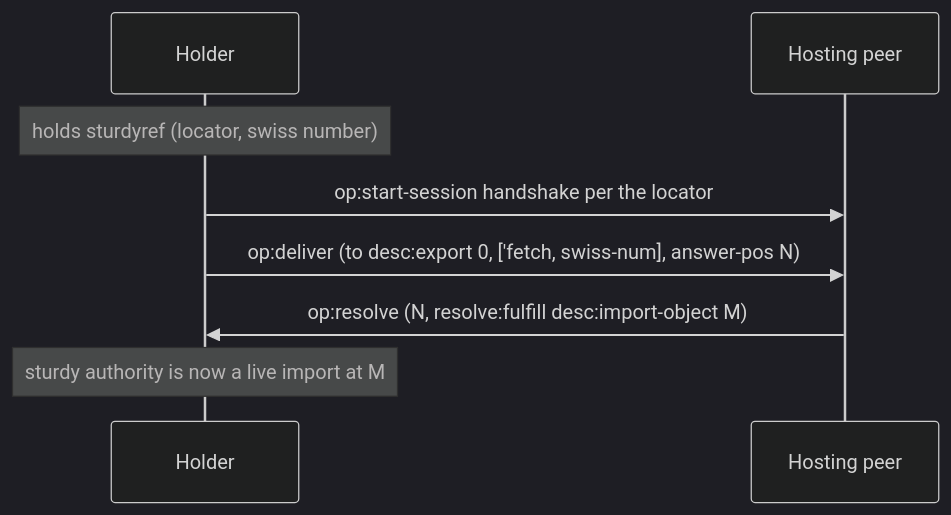
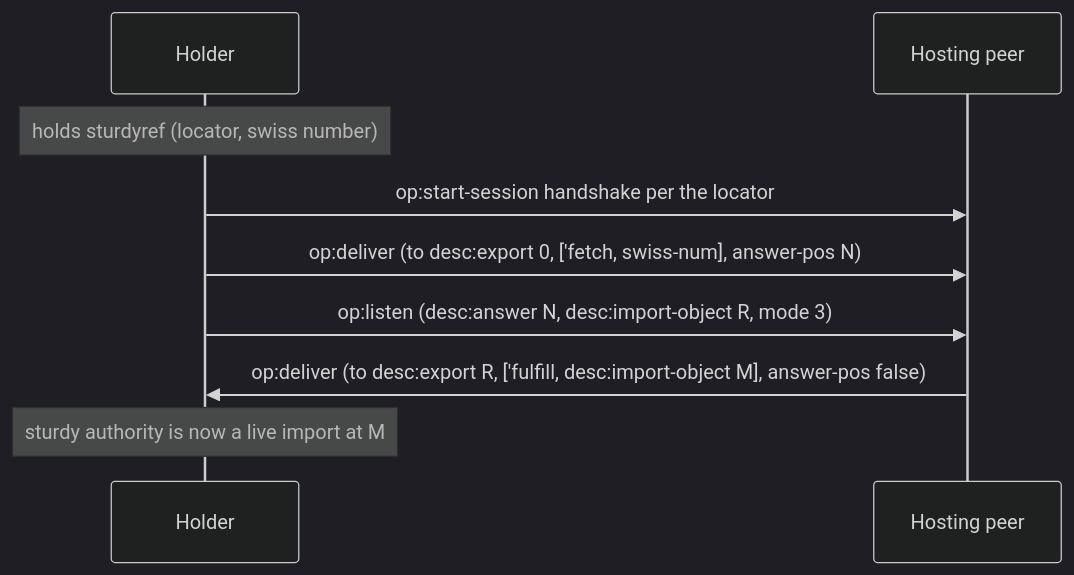
Before and after one commit to glowcap-org/glowcap: the second of 3 diagrams in docs/protocol-diagrams/07-sturdyrefs-and-locators.md, drawn with Mermaid (dark theme). The commit also changed other lines of this file and 920 other files, not shown here.

````diff
--- a/docs/protocol-diagrams/07-sturdyrefs-and-locators.md
+++ b/docs/protocol-diagrams/07-sturdyrefs-and-locators.md
@@ -33,10 +31,11 @@
 ```mermaid
 sequenceDiagram
     participant H as Holder
     participant P as Hosting peer
     Note over H: holds sturdyref (locator, swiss number)
     H->>P: op:start-session handshake per the locator
     H->>P: op:deliver (to desc:export 0, ['fetch, swiss-num], answer-pos N)
-    P->>H: op:resolve (N, resolve:fulfill desc:import-object M)
+    H->>P: op:listen (desc:answer N, desc:import-object R, mode 3)
+    P->>H: op:deliver (to desc:export R, ['fulfill, desc:import-object M], answer-pos false)
     Note over H: sturdy authority is now a live import at M
 ```
````
